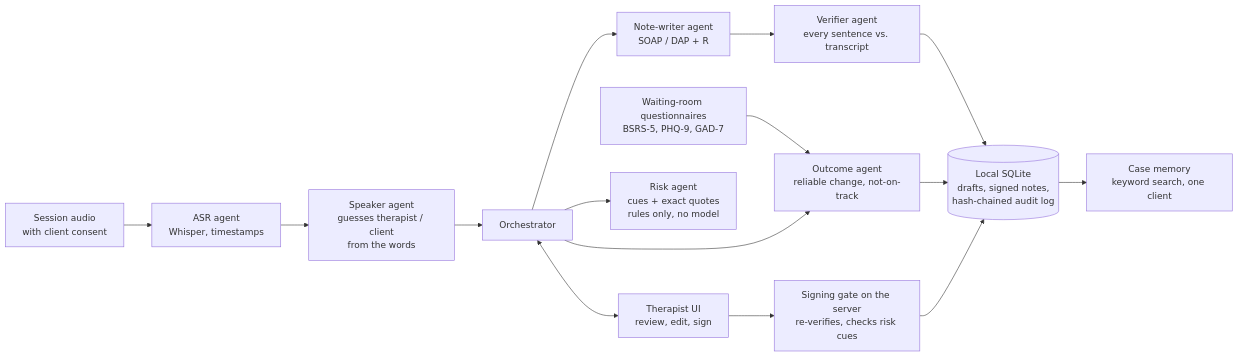
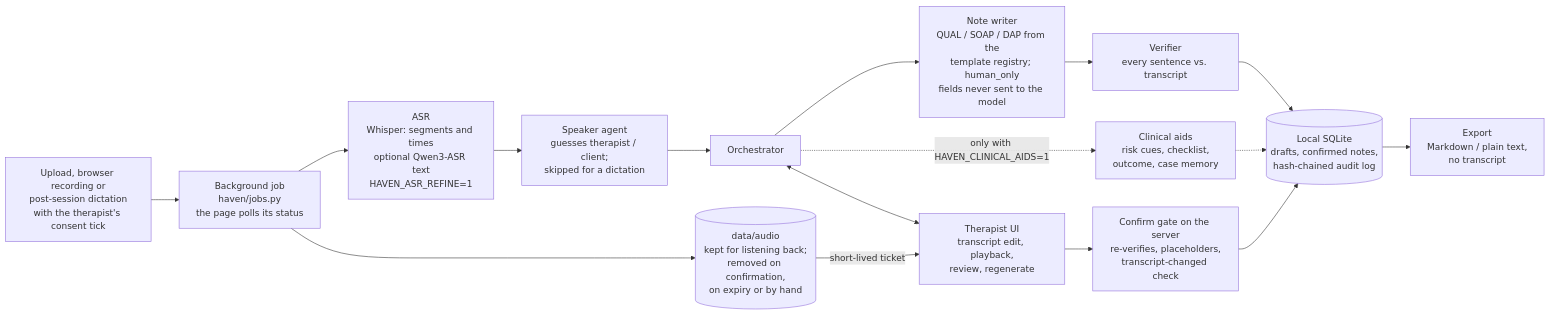
One commit to NTU-Haven/haven-copilot changed the first of 2 diagrams in README.md. Above: the diagram before and after it, drawn with Mermaid. The commit also changed other lines of this file and 3 other files, not shown here.

````diff
--- a/README.md
+++ b/README.md
@@ -29,17 +29,18 @@
 ```mermaid
 flowchart LR
-    A[Session audio<br/>with client consent] --> ASR[ASR agent<br/>Whisper, timestamps]
-    ASR --> SPK[Speaker agent<br/>guesses therapist / client<br/>from the words]
-    Q[Waiting-room questionnaires<br/>BSRS-5, PHQ-9, GAD-7] --> O
+    IN[Upload, browser recording or<br/>post-session dictation<br/>with the therapist's consent tick] --> JOB[Background job<br/>haven/jobs.py<br/>the page polls its status]
+    JOB --> AUD[(data/audio<br/>kept for listening back;<br/>removed on confirmation,<br/>on expiry or by hand)]
+    JOB --> ASR[ASR<br/>Whisper: segments and times<br/>optional Qwen3-ASR text<br/>HAVEN_ASR_REFINE=1]
+    ASR --> SPK[Speaker agent<br/>guesses therapist / client;<br/>skipped for a dictation]
     SPK --> ORCH[Orchestrator]
-    ORCH --> W[Note-writer agent<br/>SOAP / DAP + R]
-    W --> V[Verifier agent<br/>every sentence vs. transcript]
-    ORCH --> R[Risk agent<br/>cues + exact quotes<br/>rules only, no model]
-    ORCH --> O[Outcome agent<br/>reliable change, not-on-track]
-    V --> DB[(Local SQLite<br/>drafts, signed notes,<br/>hash-chained audit log)]
-    O --> DB
-    DB --> MEM[Case memory<br/>keyword search, one client]
-    ORCH <--> UI[Therapist UI<br/>review, edit, sign]
-    UI --> SIGN[Signing gate on the server<br/>re-verifies, checks risk cues]
+    ORCH --> W[Note writer<br/>QUAL / SOAP / DAP from the<br/>template registry; human_only<br/>fields never sent to the model]
+    W --> V[Verifier<br/>every sentence vs. transcript]
+    V --> DB[(Local SQLite<br/>drafts, confirmed notes,<br/>hash-chained audit log)]
+    ORCH -.->|only with HAVEN_CLINICAL_AIDS=1| CA[Clinical aids<br/>risk cues, checklist,<br/>outcome, case memory]
+    CA -.-> DB
+    ORCH <--> UI[Therapist UI<br/>transcript edit, playback,<br/>review, regenerate]
+    AUD -->|short-lived ticket| UI
+    UI --> SIGN[Confirm gate on the server<br/>re-verifies, placeholders,<br/>transcript-changed check]
     SIGN --> DB
+    DB --> EXP[Export<br/>Markdown / plain text,<br/>no transcript]
 ```
````
